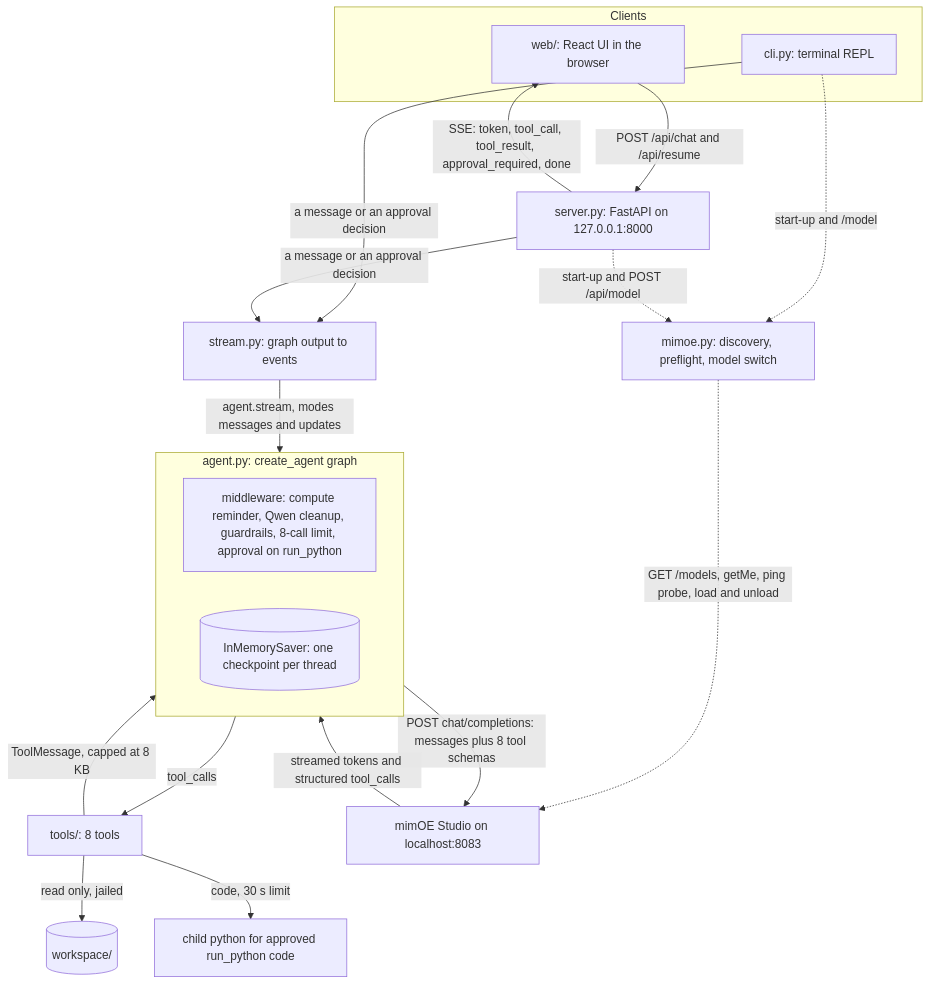
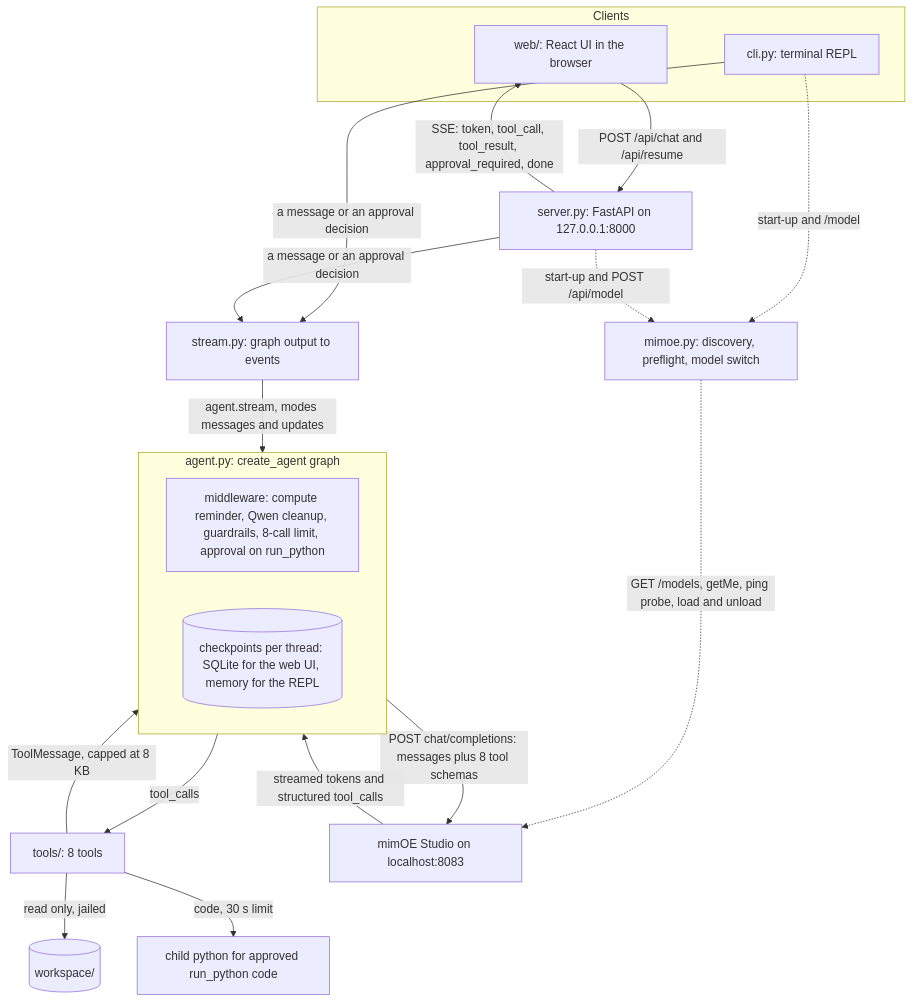
Before and after one commit to dalisyron/mimoe-langchain-agent: the second of 3 diagrams in README.md, drawn with Mermaid. The commit also changed other lines of this file and 5 other files, not shown here.

````diff
--- a/README.md
+++ b/README.md
@@ -208,33 +211,33 @@
 ```mermaid
 flowchart TB
     subgraph clients["Clients"]
         CLI["cli.py: terminal REPL"]
         UI["web/: React UI in the browser"]
     end
     API["server.py: FastAPI on 127.0.0.1:8000"]
     ST["stream.py: graph output to events"]
     subgraph AGENT["agent.py: create_agent graph"]
         MW["middleware: compute reminder, Qwen cleanup, guardrails, 8-call limit, approval on run_python"]
-        CK[("InMemorySaver: one checkpoint per thread")]
+        CK[("checkpoints per thread: SQLite for the web UI, memory for the REPL")]
     end
     TOOLS["tools/: 8 tools"]
     WS[("workspace/")]
     PY["child python for approved run_python code"]
     PRE["mimoe.py: discovery, preflight, model switch"]
     EP["mimOE Studio on localhost:8083"]
 
     UI -->|"POST /api/chat and /api/resume"| API
     API -->|"SSE: token, tool_call, tool_result, approval_required, done"| UI
     CLI -->|"a message or an approval decision"| ST
     API -->|"a message or an approval decision"| ST
     ST -->|"agent.stream, modes messages and updates"| AGENT
     AGENT -->|"POST chat/completions: messages plus 8 tool schemas"| EP
     EP -->|"streamed tokens and structured tool_calls"| AGENT
     AGENT -->|"tool_calls"| TOOLS
     TOOLS -->|"ToolMessage, capped at 8 KB"| AGENT
     TOOLS -->|"read only, jailed"| WS
     TOOLS -->|"code, 30 s limit"| PY
     CLI -.->|"start-up and /model"| PRE
     API -.->|"start-up and POST /api/model"| PRE
     PRE -.->|"GET /models, getMe, ping probe, load and unload"| EP
 ```
````
